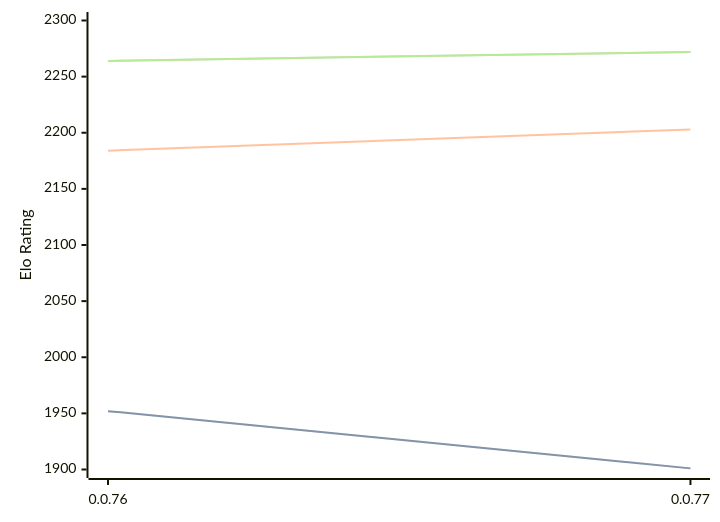
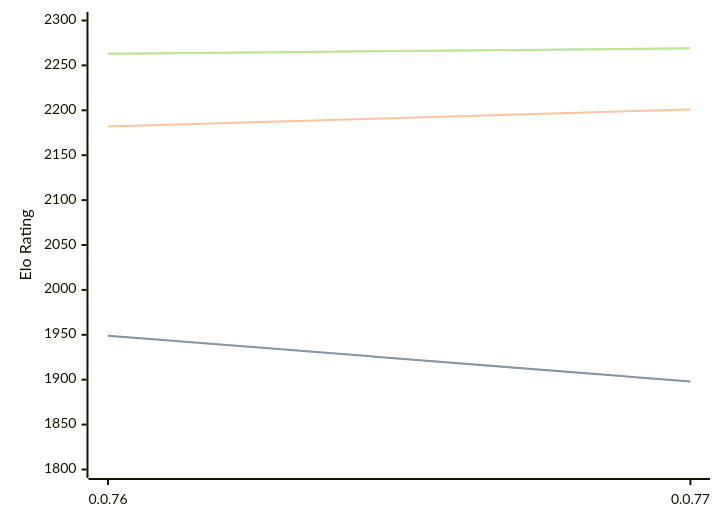
The diagram in engines/Fktb.md (computer-chess-index/cci), drawn with Mermaid before and after one commit. The commit also changed other lines of this file, not shown here.

Commit message:
Update CCI Ratings (ELO VLTC) - 2026-05-18

````diff
--- a/engines/Fktb.md
+++ b/engines/Fktb.md
@@ -32,11 +32,11 @@
 ```mermaid
 %%{init: {"theme":"base","themeVariables":{"seriesColors:['#a3a3a3','#222221','#faa371']}}}%%
 xychart-beta
   x-axis ["0.0.76", "0.0.77"]
-  y-axis "Elo Rating" 1900 --> 2300
-  line "STC (8.0+0.08s)" [1952, 1901]
-  line "STC (8.0+0.08s)" [1952, 1901]
-  line "LTC (60.0+0.60s)" [2184, 2203]
-  line "VLTC (2m24s+1.12s)" [2264, 2272]
-  line "VLTC (2m24s+1.12s)" [2264, 2272]
+  y-axis "Elo Rating" 1800 --> 2300
+  line "STC (8.0+0.08s)" [1949, 1898]
+  line "STC (8.0+0.08s)" [1949, 1898]
+  line "LTC (60.0+0.60s)" [2182, 2201]
+  line "VLTC (2m24s+1.12s)" [2263, 2269]
+  line "VLTC (2m24s+1.12s)" [2263, 2269]
 ```
````
